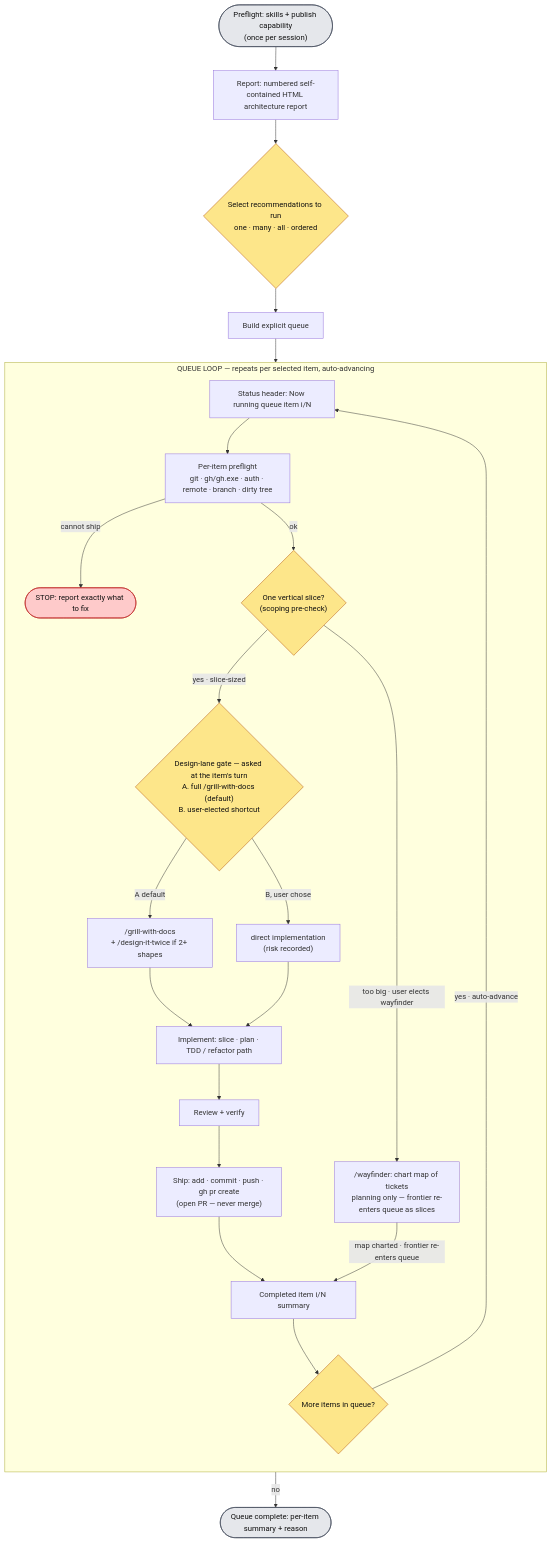
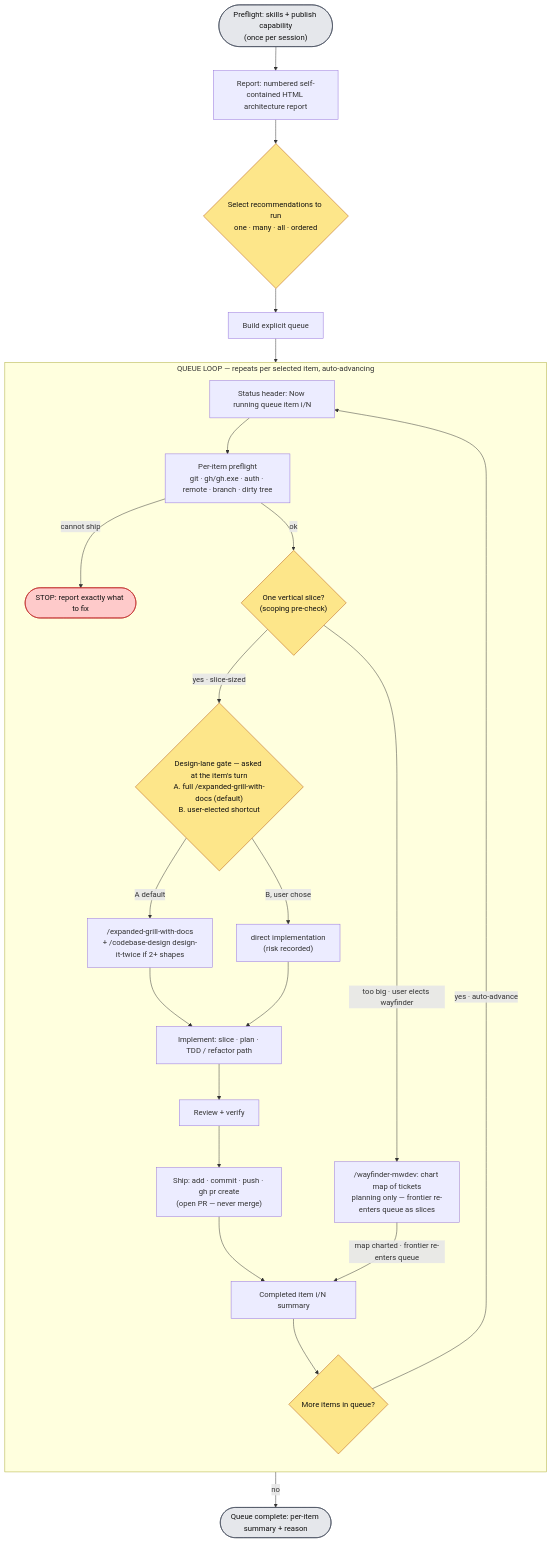
One commit to markwuenschel-dev/markdev-skills changed the diagram in skills/production-flywheel/SKILL.md. Above: the diagram before and after it, drawn with Mermaid. The commit also changed other lines of this file and 133 other files, not shown here.

````diff
--- a/skills/production-flywheel/SKILL.md
+++ b/skills/production-flywheel/SKILL.md
@@ -12,35 +12,35 @@
 ```mermaid
 flowchart TD
     S0(["Preflight: skills + publish capability<br/>(once per session)"]) --> S1
     S1["Report: numbered self-contained HTML architecture report"] --> S2
     S2{"Select recommendations to run<br/>one · many · all · ordered"} --> Q["Build explicit queue"]
     Q --> ITEM
 
     subgraph LOOP["QUEUE LOOP — repeats per selected item, auto-advancing"]
       direction TB
       ITEM["Status header: Now running queue item i/N"] --> P["Per-item preflight<br/>git · gh/gh.exe · auth · remote · branch · dirty tree"]
       P -->|cannot ship| STOPB(["STOP: report exactly what to fix"])
       P -->|ok| SCOPE{"One vertical slice?<br/>(scoping pre-check)"}
-      SCOPE -->|"too big · user elects wayfinder"| WAY["/wayfinder: chart map of tickets<br/>planning only — frontier re-enters queue as slices"]
-      SCOPE -->|"yes · slice-sized"| LANE{"Design-lane gate — asked at the item's turn<br/>A. full /grill-with-docs (default)<br/>B. user-elected shortcut"}
-      LANE -->|A default| DESIGN["/grill-with-docs<br/>+ /design-it-twice if 2+ shapes"]
+      SCOPE -->|"too big · user elects wayfinder"| WAY["/wayfinder-mwdev: chart map of tickets<br/>planning only — frontier re-enters queue as slices"]
+      SCOPE -->|"yes · slice-sized"| LANE{"Design-lane gate — asked at the item's turn<br/>A. full /expanded-grill-with-docs (default)<br/>B. user-elected shortcut"}
+      LANE -->|A default| DESIGN["/expanded-grill-with-docs<br/>+ /codebase-design design-it-twice if 2+ shapes"]
       LANE -->|B, user chose| DIRECT["direct implementation<br/>(risk recorded)"]
       DESIGN --> IMPL
       DIRECT --> IMPL
       IMPL["Implement: slice · plan · TDD / refactor path"] --> TEST["Review + verify"]
       TEST --> SHIP["Ship: add · commit · push · gh pr create<br/>(open PR — never merge)"]
       SHIP --> FOOT["Completed item i/N summary"]
       FOOT --> NEXT{"More items in queue?"}
       NEXT -->|yes · auto-advance| ITEM
     end
 
     NEXT -->|no| DONE(["Queue complete: per-item summary + reason"])
     WAY -->|"map charted · frontier re-enters queue"| FOOT
 
     classDef gate fill:#fde68a,stroke:#b45309,color:#111;
     classDef terminal fill:#e5e7eb,stroke:#374151,color:#111;
     classDef stop fill:#fecaca,stroke:#b91c1c,color:#111;
     class S2,SCOPE,LANE,NEXT gate;
     class S0,DONE terminal;
     class STOPB stop;
 ```
````
